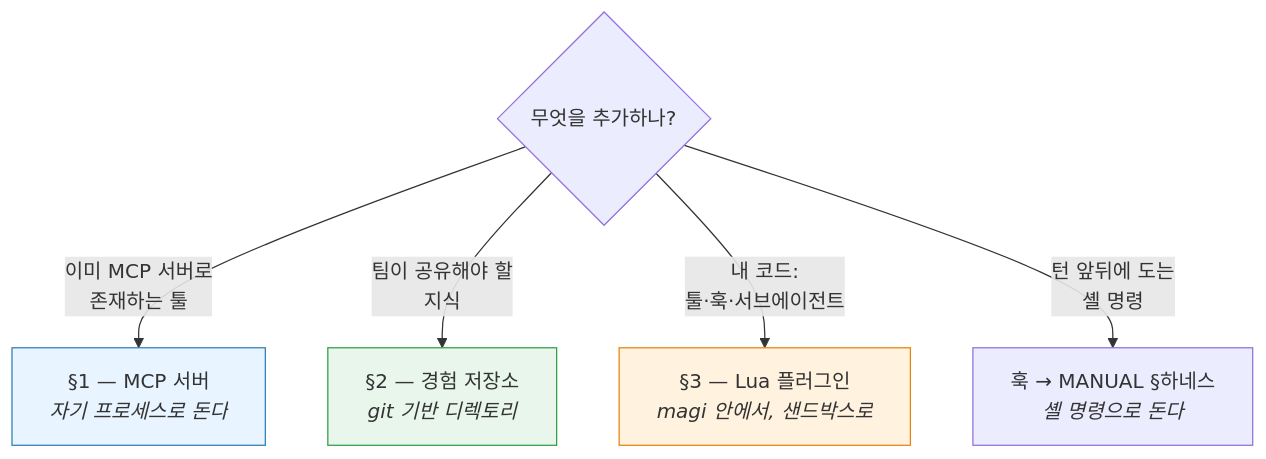
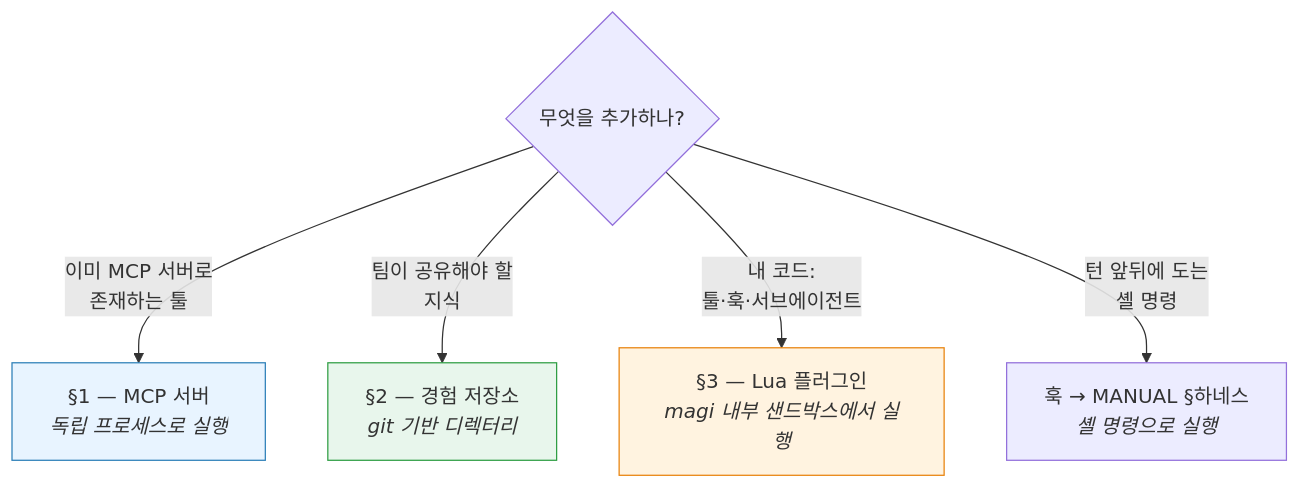
One commit to sayaya1090/magi changed the first of 6 diagrams in docs/EXTENDING.ko.md. Above: the diagram before and after it, drawn with Mermaid. The commit also changed other lines of this file, not shown here.

````diff
--- a/docs/EXTENDING.ko.md
+++ b/docs/EXTENDING.ko.md
@@ -13,12 +11,12 @@
 ```mermaid
 flowchart TD
     Q{무엇을 추가하나?}
-    Q -->|이미 MCP 서버로<br/>존재하는 툴| MCP["§1 — MCP 서버<br/><i>자기 프로세스로 돈다</i>"]
-    Q -->|팀이 공유해야 할<br/>지식| EXP["§2 — 경험 저장소<br/><i>git 기반 디렉토리</i>"]
-    Q -->|내 코드:<br/>툴·훅·서브에이전트| LUA["§3 — Lua 플러그인<br/><i>magi 안에서, 샌드박스로</i>"]
-    Q -->|턴 앞뒤에 도는<br/>셸 명령| HOOK["훅 → MANUAL §하네스<br/><i>셸 명령으로 돈다</i>"]
+    Q -->|이미 MCP 서버로<br/>존재하는 툴| MCP["§1 — MCP 서버<br/><i>독립 프로세스로 실행</i>"]
+    Q -->|팀이 공유해야 할<br/>지식| EXP["§2 — 경험 저장소<br/><i>git 기반 디렉터리</i>"]
+    Q -->|내 코드:<br/>툴·훅·서브에이전트| LUA["§3 — Lua 플러그인<br/><i>magi 내부 샌드박스에서 실행</i>"]
+    Q -->|턴 앞뒤에 도는<br/>셸 명령| HOOK["훅 → MANUAL §하네스<br/><i>셸 명령으로 실행</i>"]
 
     style LUA fill:#fff3e0,stroke:#e8820c
     style MCP fill:#e8f4ff,stroke:#2c7fb8
     style EXP fill:#e8f6ec,stroke:#2f9e44
 ```
````
